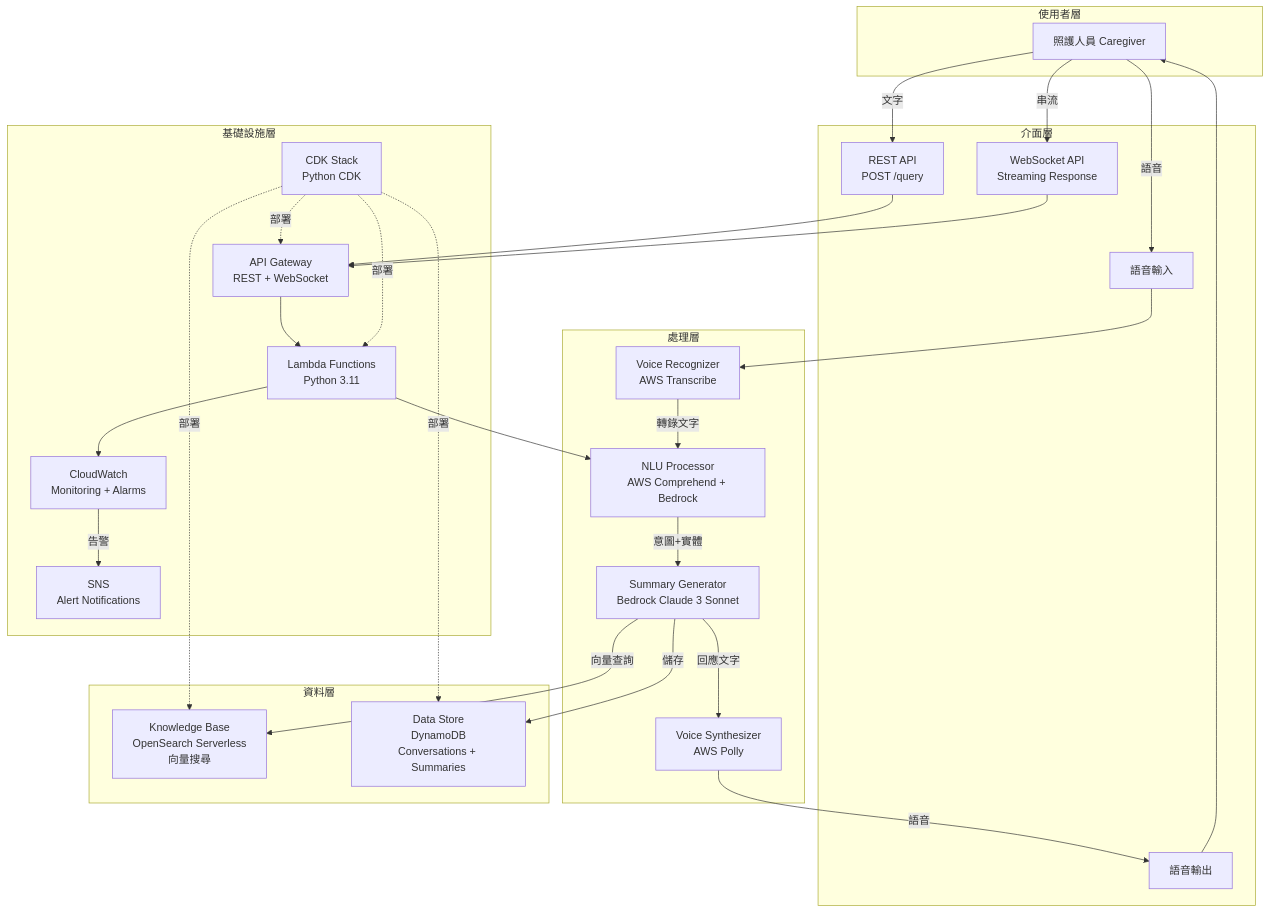
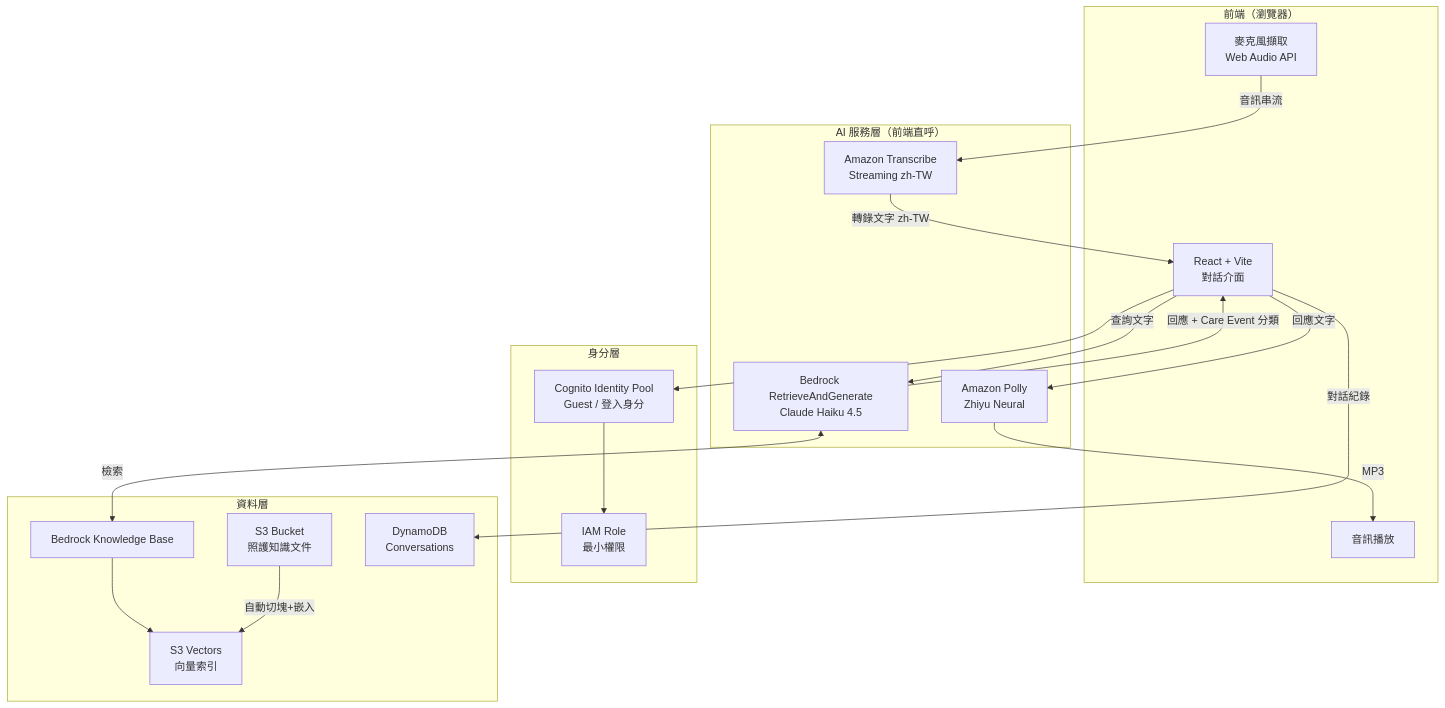
The first of 3 diagrams in docs/architecture.md (linjinhsien/Profit-Prophet), drawn with Mermaid before and after one commit. The commit also changed other lines of this file and 3 other files, not shown here.

````diff
--- a/docs/architecture.md
+++ b/docs/architecture.md
@@ -5,55 +28,39 @@
 ```mermaid
 graph TB
-    subgraph Users["使用者層"]
-        CG[照護人員 Caregiver]
+    subgraph Client["前端（瀏覽器）"]
+        UI[React + Vite<br/>對話介面]
+        MIC[麥克風擷取<br/>Web Audio API]
+        SPK[音訊播放]
     end
 
-    subgraph Interface["介面層"]
-        REST[REST API<br/>POST /query]
-        WS[WebSocket API<br/>Streaming Response]
-        VOICE_IN[語音輸入]
-        VOICE_OUT[語音輸出]
+    subgraph Auth["身分層"]
+        COG[Cognito Identity Pool<br/>Guest / 登入身分]
+        IAM[IAM Role<br/>最小權限]
     end
 
-    subgraph Processing["處理層"]
-        VR[Voice Recognizer<br/>AWS Transcribe]
-        NLU[NLU Processor<br/>AWS Comprehend + Bedrock]
-        SG[Summary Generator<br/>Bedrock Claude 3 Sonnet]
-        VS[Voice Synthesizer<br/>AWS Polly]
+    subgraph AI["AI 服務層（前端直呼）"]
+        TRANS[Amazon Transcribe<br/>Streaming zh-TW]
+        BR[Bedrock RetrieveAndGenerate<br/>Claude Haiku 4.5]
+        POLLY[Amazon Polly<br/>Zhiyu Neural]
     end
 
     subgraph Data["資料層"]
-        KB[Knowledge Base<br/>OpenSearch Serverless<br/>向量搜尋]
-        DS[Data Store<br/>DynamoDB<br/>Conversations + Summaries]
+        S3[S3 Bucket<br/>照護知識文件]
+        S3V[S3 Vectors<br/>向量索引]
+        KB[Bedrock Knowledge Base]
+        DDB[DynamoDB<br/>Conversations]
     end
 
-    subgraph Infra["基礎設施層"]
-        CDK[CDK Stack<br/>Python CDK]
-        APIGW[API Gateway<br/>REST + WebSocket]
-        LAMBDA[Lambda Functions<br/>Python 3.11]
-        CW[CloudWatch<br/>Monitoring + Alarms]
-        SNS[SNS<br/>Alert Notifications]
-    end
-
-    CG -->|語音| VOICE_IN
-    CG -->|文字| REST
-    CG -->|串流| WS
-    VOICE_IN --> VR
-    VR -->|轉錄文字| NLU
-    REST --> APIGW
-    WS --> APIGW
-    APIGW --> LAMBDA
-    LAMBDA --> NLU
-    NLU -->|意圖+實體| SG
-    SG -->|向量查詢| KB
-    SG -->|儲存| DS
-    SG -->|回應文字| VS
-    VS -->|語音| VOICE_OUT
-    VOICE_OUT --> CG
-    LAMBDA --> CW
-    CW -->|告警| SNS
-    CDK -.->|部署| APIGW
-    CDK -.->|部署| LAMBDA
-    CDK -.->|部署| DS
-    CDK -.->|部署| KB
+    UI --> COG
+    COG --> IAM
+    MIC -->|音訊串流| TRANS
+    TRANS -->|轉錄文字 zh-TW| UI
+    UI -->|查詢文字| BR
+    BR <-->|檢索| KB
+    KB --> S3V
+    S3 -->|自動切塊+嵌入| S3V
+    BR -->|回應 + Care Event 分類| UI
+    UI -->|回應文字| POLLY
+    POLLY -->|MP3| SPK
+    UI -->|對話紀錄| DDB
 ```
````
